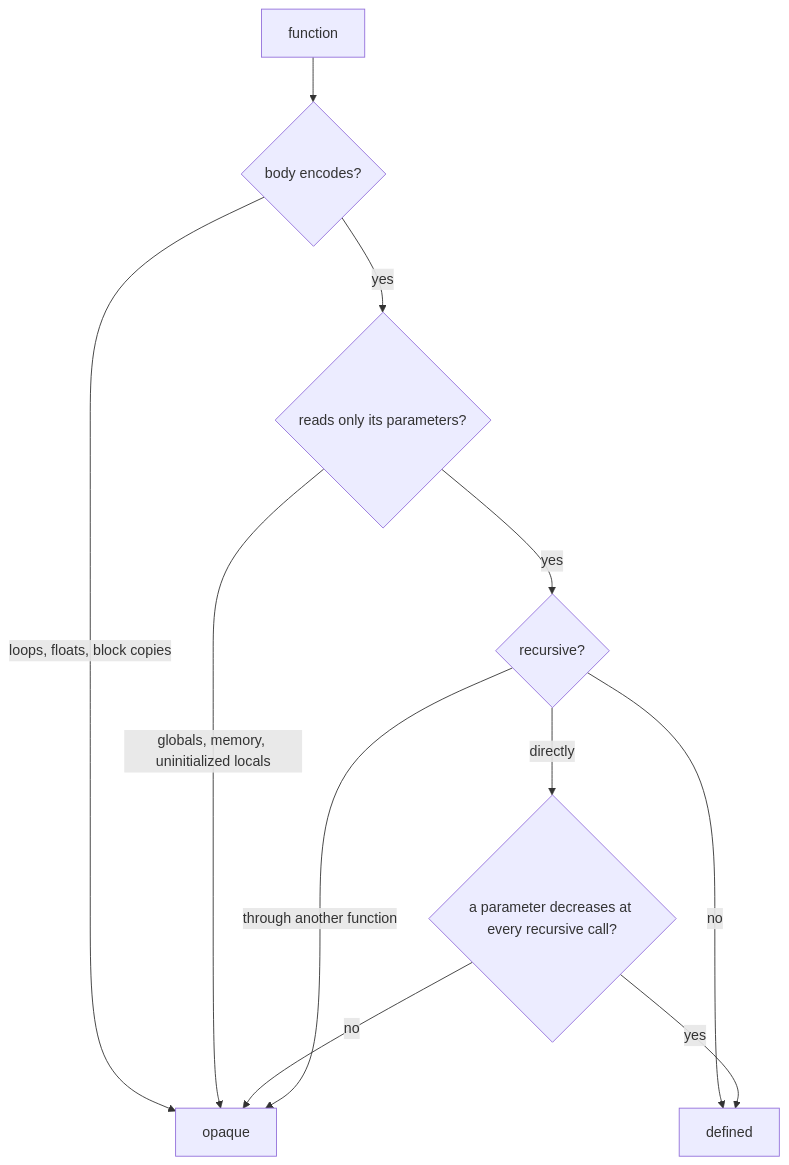
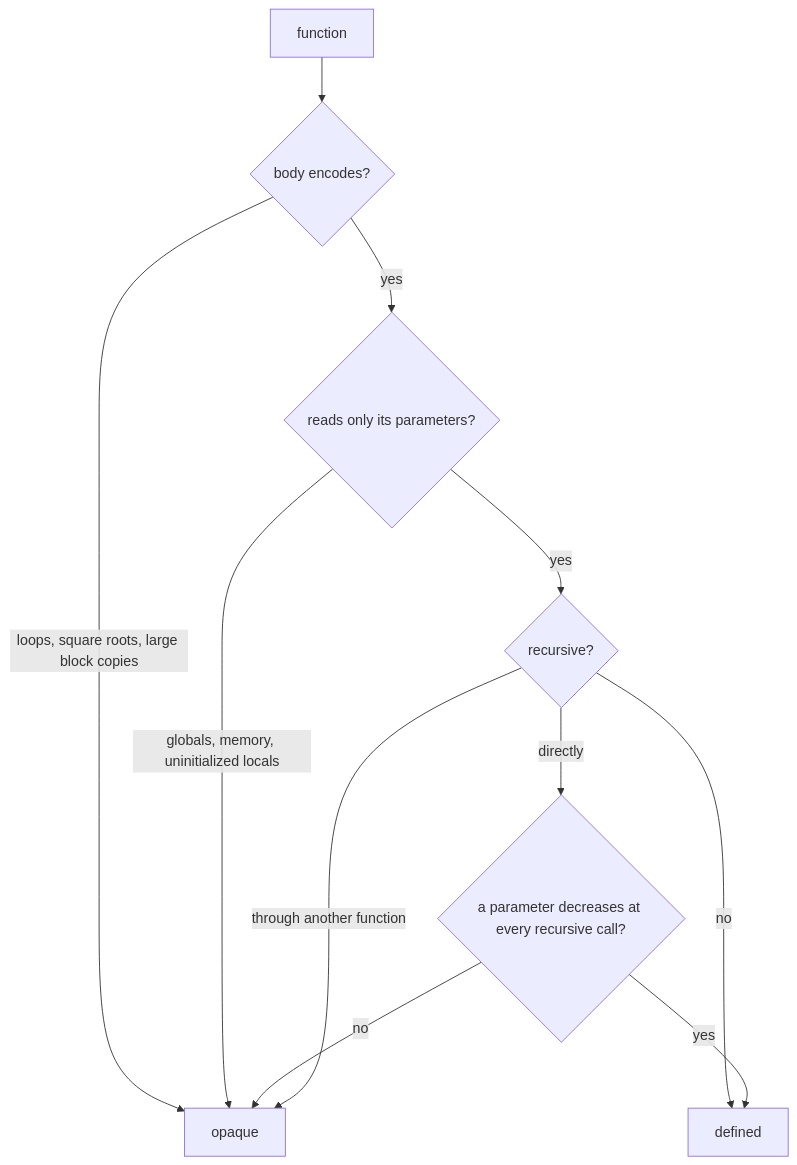
Before and after one commit to The-Mettle-Project/Mettle: the first of 2 diagrams in docs/proofs.md, drawn with Mermaid. The commit also changed other lines of this file and 16 other files, not shown here.

````diff
--- a/docs/proofs.md
+++ b/docs/proofs.md
@@ -191,13 +193,13 @@
 ```mermaid
 flowchart TD
   F[function] --> E{body encodes?}
-  E -- loops, floats, block copies --> O[opaque]
+  E -- loops, square roots, large block copies --> O[opaque]
   E -- yes --> R{reads only its parameters?}
   R -- globals, memory, uninitialized locals --> O
   R -- yes --> C{recursive?}
   C -- no --> D[defined]
   C -- directly --> M{a parameter decreases at every recursive call?}
   M -- yes --> D
   M -- no --> O
   C -- through another function --> O
 ```
````
